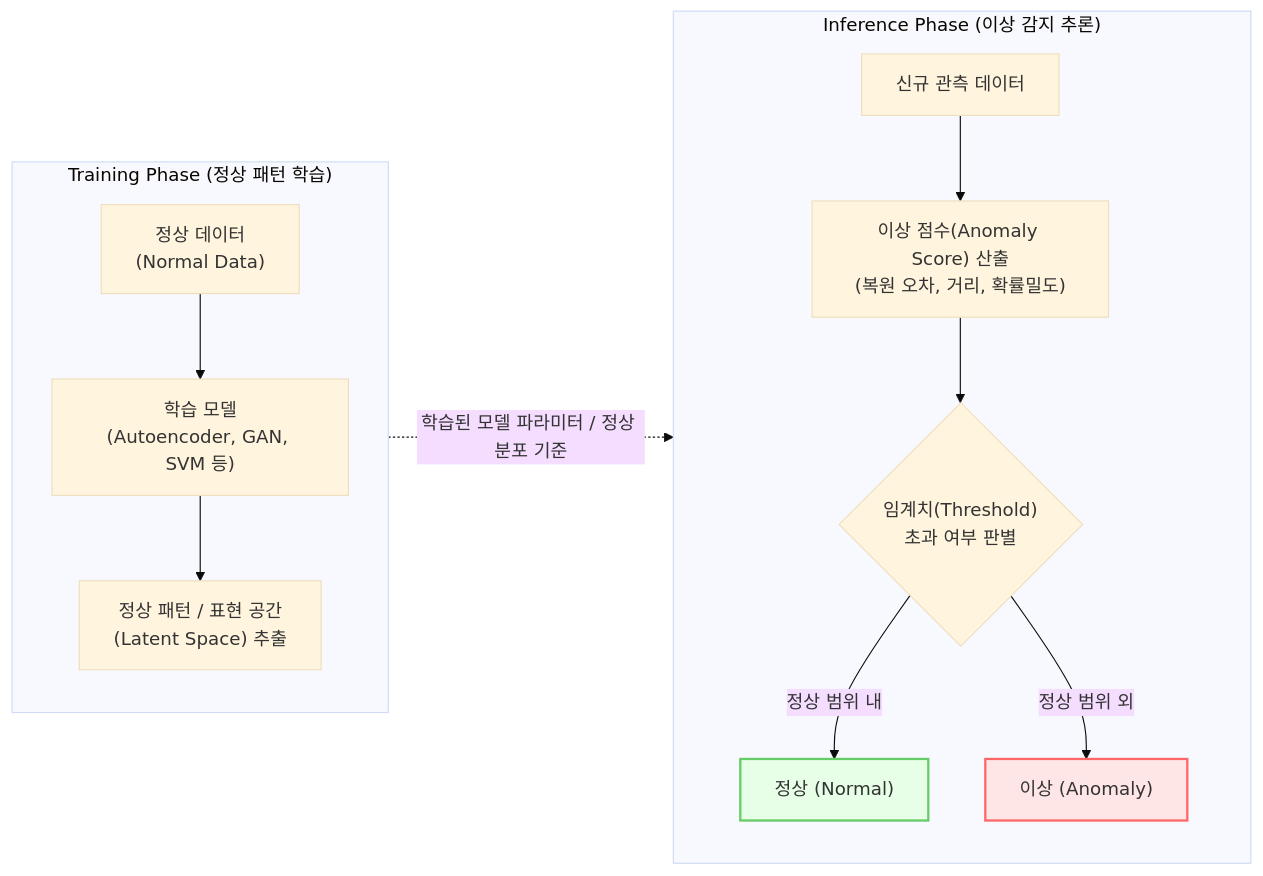
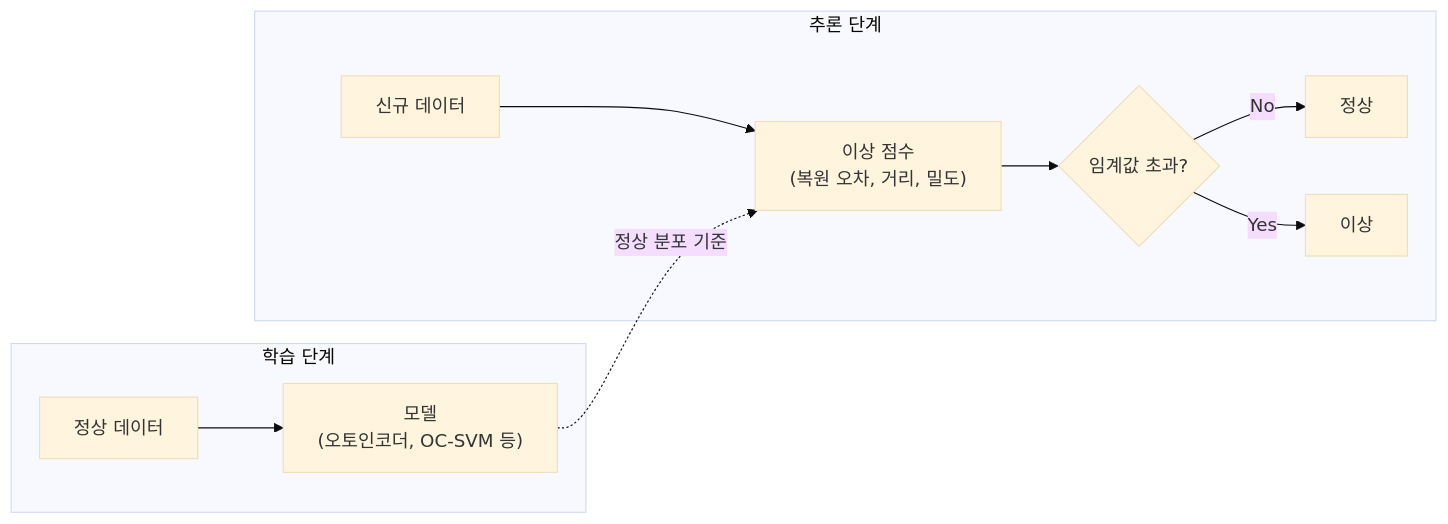
Before and after one commit to supremethumb/supremethumb.github.io: the diagram in content/01_IT Tech/이상 감지.md, drawn with Mermaid (base theme). The commit also changed other lines of this file and 1087 other files, not shown here.

````diff
--- a/content/01_IT Tech/이상 감지.md
+++ b/content/01_IT Tech/이상 감지.md
@@ -27,22 +36,13 @@
 ```mermaid
 flowchart LR
-    subgraph Training["Training Phase (정상 패턴 학습)"]
-        direction TB
-        Normal["정상 데이터<br/>(Normal Data)"] --> Model["학습 모델<br/>(Autoencoder, GAN, SVM 등)"]
-        Model --> Pattern["정상 패턴 / 표현 공간<br/>(Latent Space) 추출"]
+    subgraph TR["학습 단계"]
+        N["정상 데이터"] --> M["모델<br/>(오토인코더, OC-SVM 등)"]
     end
-
-    subgraph Inference["Inference Phase (이상 감지 추론)"]
-        direction TB
-        NewData["신규 관측 데이터"] --> Predict["이상 점수(Anomaly Score) 산출<br/>(복원 오차, 거리, 확률밀도)"]
-        Predict --> Thres{"임계치(Threshold)<br/>초과 여부 판별"}
-        Thres -- "정상 범위 내" --> N_Result["정상 (Normal)"]
-        Thres -- "정상 범위 외" --> A_Result["이상 (Anomaly)"]
+    subgraph IN["추론 단계"]
+        X["신규 데이터"] --> S["이상 점수<br/>(복원 오차, 거리, 밀도)"]
+        S --> T{"임계값 초과?"}
+        T -- "No" --> OK["정상"]
+        T -- "Yes" --> NG["이상"]
     end
-    
-    Training -. "학습된 모델 파라미터 / 정상 분포 기준" .-> Inference
-    
-    style A_Result fill:#ffe6e6,stroke:#ff6666,stroke-width:2px
-    style N_Result fill:#e6ffe6,stroke:#66cc66,stroke-width:2px
-
+    M -. "정상 분포 기준" .-> S
 ```
````
